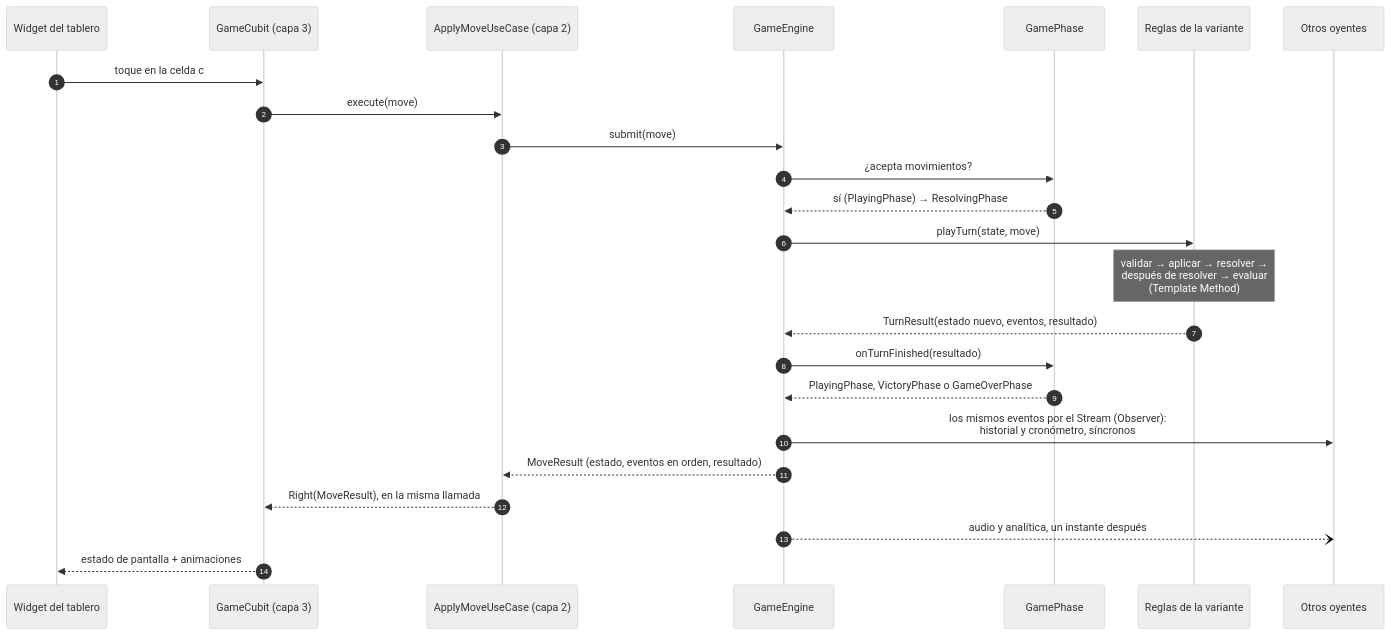
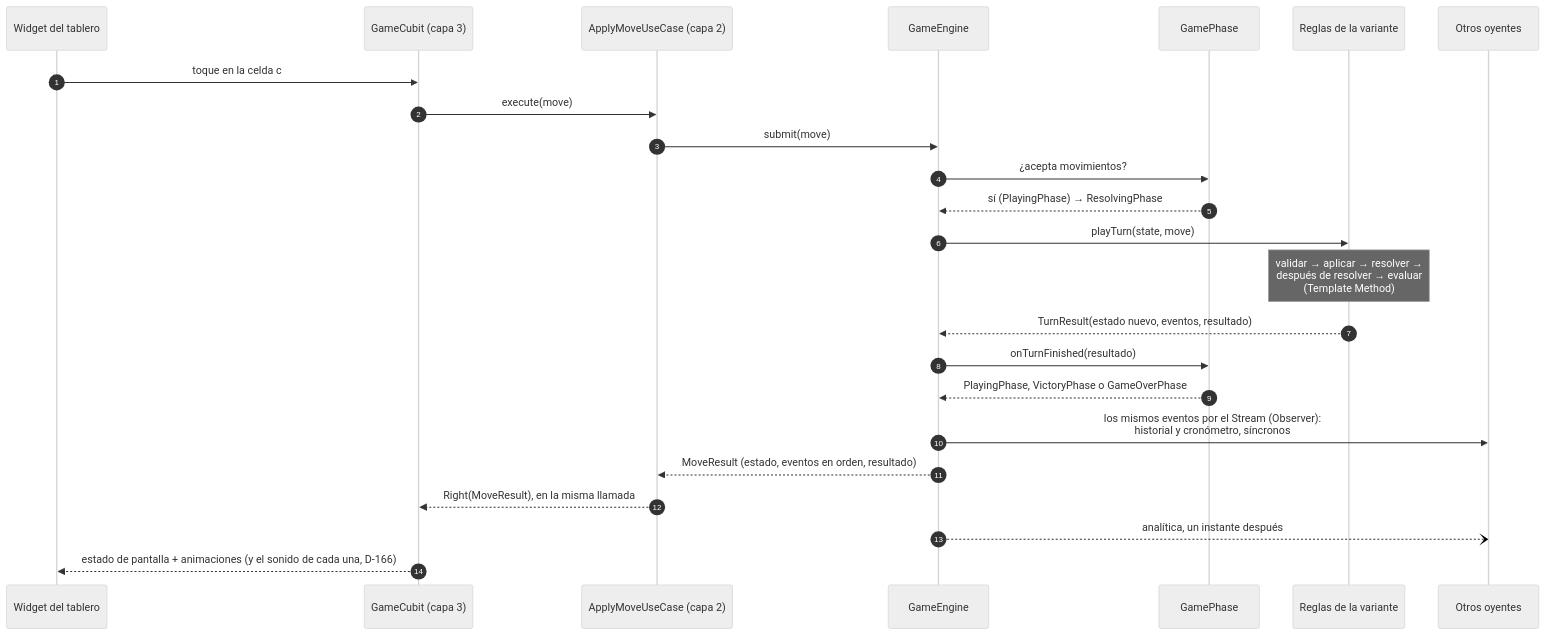
Before and after one commit to DanielHaro28/hexablock-app: the second of 2 diagrams in docs/architecture/ARQ-02-MOTOR.md, drawn with Mermaid (neutral theme). The commit also changed other lines of this file and 18 other files, not shown here.

````diff
--- a/docs/architecture/ARQ-02-MOTOR.md
+++ b/docs/architecture/ARQ-02-MOTOR.md
@@ -124,26 +124,26 @@
 ```mermaid
 sequenceDiagram
     autonumber
     participant UI as Widget del tablero
     participant CU as GameCubit (capa 3)
     participant UC as ApplyMoveUseCase (capa 2)
     participant EN as GameEngine
     participant PH as GamePhase
     participant RU as Reglas de la variante
     participant OB as Otros oyentes
     UI->>CU: toque en la celda c
     CU->>UC: execute(move)
     UC->>EN: submit(move)
     EN->>PH: ¿acepta movimientos?
     PH-->>EN: sí (PlayingPhase) → ResolvingPhase
     EN->>RU: playTurn(state, move)
     Note over RU: validar → aplicar → resolver →<br/>después de resolver → evaluar<br/>(Template Method)
     RU-->>EN: TurnResult(estado nuevo, eventos, resultado)
     EN->>PH: onTurnFinished(resultado)
     PH-->>EN: PlayingPhase, VictoryPhase o GameOverPhase
     EN->>OB: los mismos eventos por el Stream (Observer):<br/>historial y cronómetro, síncronos
     EN-->>UC: MoveResult (estado, eventos en orden, resultado)
     UC-->>CU: Right(MoveResult), en la misma llamada
-    EN--)OB: audio y analítica, un instante después
-    CU-->>UI: estado de pantalla + animaciones
+    EN--)OB: analítica, un instante después
+    CU-->>UI: estado de pantalla + animaciones (y el sonido de cada una, D-166)
 ```
````
